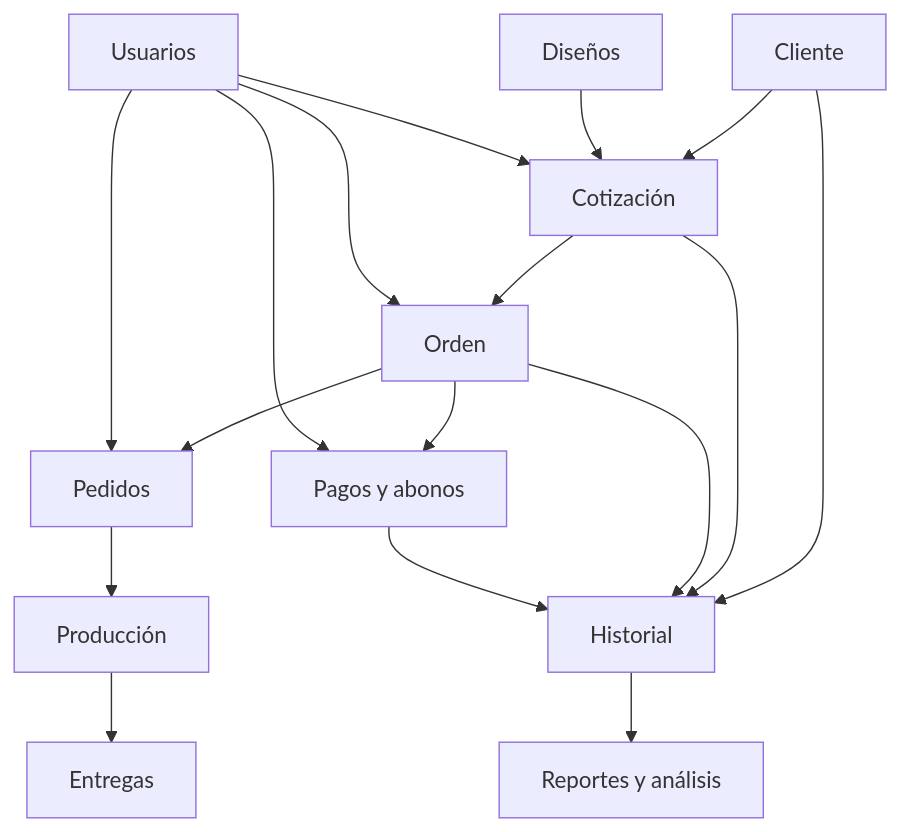
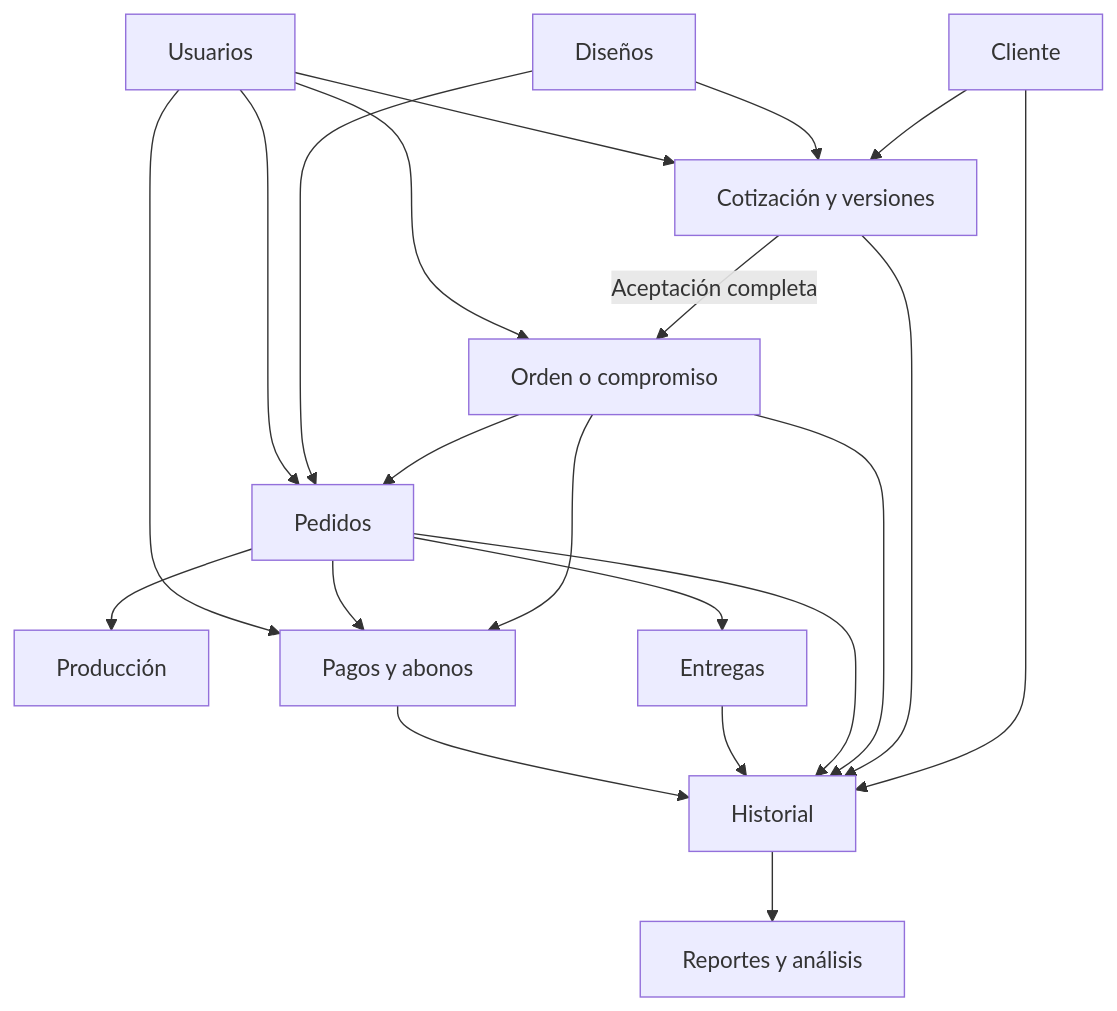
The diagram in docs/architecture/diagnostico/CL01.01.01_CONCEPTO_Y_PROPOSITO.md (acuscorp/embroidery-price-estimator), drawn with Mermaid before and after one commit. The commit also changed other lines of this file, not shown here.

Commit message:
docs(architecture): consolidate CL01.01.01 diagnosis and learning objectives

````diff
--- a/docs/architecture/diagnostico/CL01.01.01_CONCEPTO_Y_PROPOSITO.md
+++ b/docs/architecture/diagnostico/CL01.01.01_CONCEPTO_Y_PROPOSITO.md
@@ -66,19 +77,23 @@
 ```mermaid
 flowchart TD
-    C[Cliente] --> Q[Cotización]
+    C[Cliente] --> Q[Cotización y versiones]
     D[Diseños] --> Q
-    Q --> O[Orden]
+    Q -->|Aceptación completa| O[Orden o compromiso]
     O --> P[Pedidos]
+    D --> P
     P --> PR[Producción]
-    PR --> E[Entregas]
+    P --> E[Entregas]
     O --> PA[Pagos y abonos]
+    P --> PA
     U[Usuarios] --> Q
     U --> O
     U --> P
     U --> PA
     C --> H[Historial]
     Q --> H
     O --> H
+    P --> H
+    E --> H
     PA --> H
     H --> R[Reportes y análisis]
 ```
````
